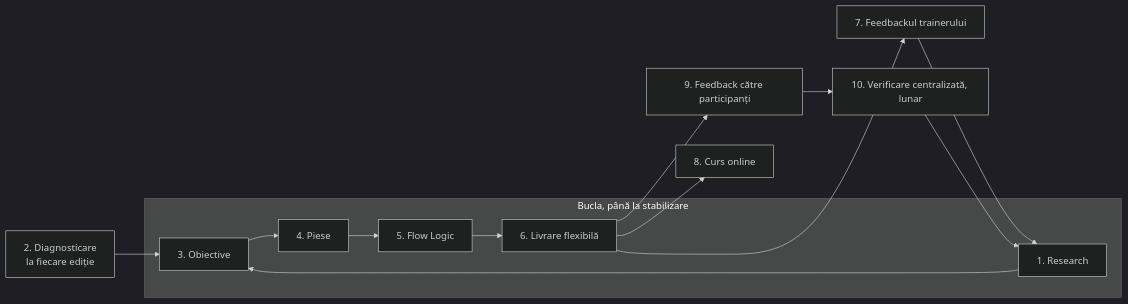
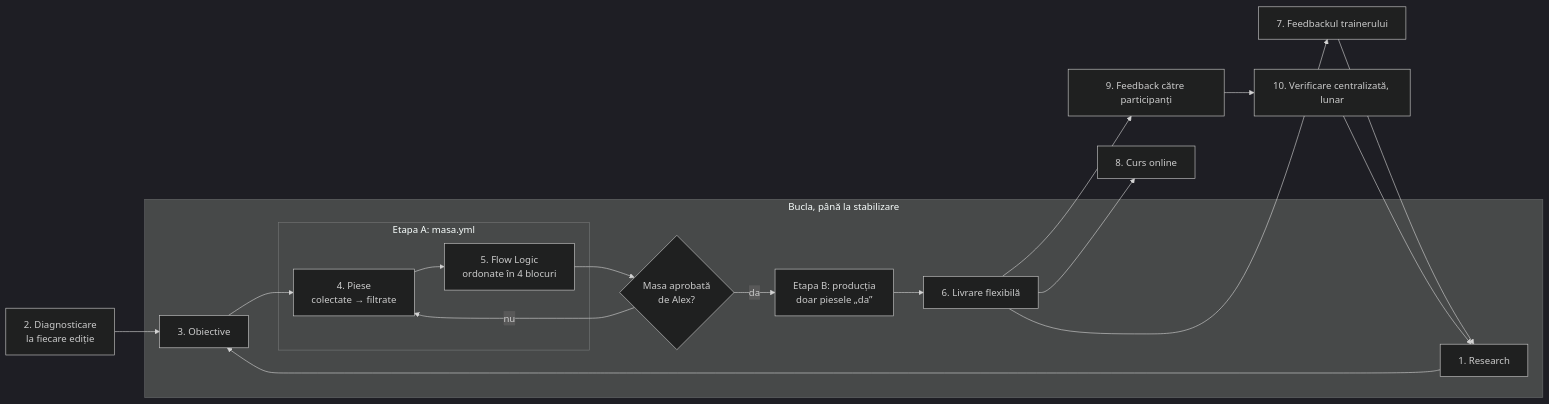
Before and after one commit to alexandrumolea/AgentsTeam: the diagram in docs/procese/curs-nou.md, drawn with Mermaid (dark theme). The commit also changed other lines of this file and 3 other files, not shown here.

Commit message:
Andrei: procesul de curs cu Masa (etapa A) înainte de producție (D-062)

````diff
--- a/docs/procese/curs-nou.md
+++ b/docs/procese/curs-nou.md
@@ -10,11 +15,18 @@
 ```mermaid
 flowchart LR
   D[2. Diagnosticare<br/>la fiecare ediție] --> O
   subgraph Bucla["Bucla, până la stabilizare"]
-    R[1. Research] --> O[3. Obiective] --> P[4. Piese] --> F[5. Flow Logic] --> L[6. Livrare flexibilă]
+    R[1. Research] --> O[3. Obiective]
+    subgraph A["Etapa A: masa.yml"]
+      P[4. Piese<br/>colectate → filtrate] --> F[5. Flow Logic<br/>ordonate în 4 blocuri]
+    end
+    O --> P
+    F --> G{Masa aprobată<br/>de Alex?}
+    G -- nu --> P
+    G -- da --> B[Etapa B: producția<br/>doar piesele „da”] --> L[6. Livrare flexibilă]
   end
   L --> T[7. Feedbackul trainerului] --> R
   L --> C[8. Curs online]
   L --> FP[9. Feedback către participanți] --> V[10. Verificare centralizată, lunar]
   V --> R
 ```
````
